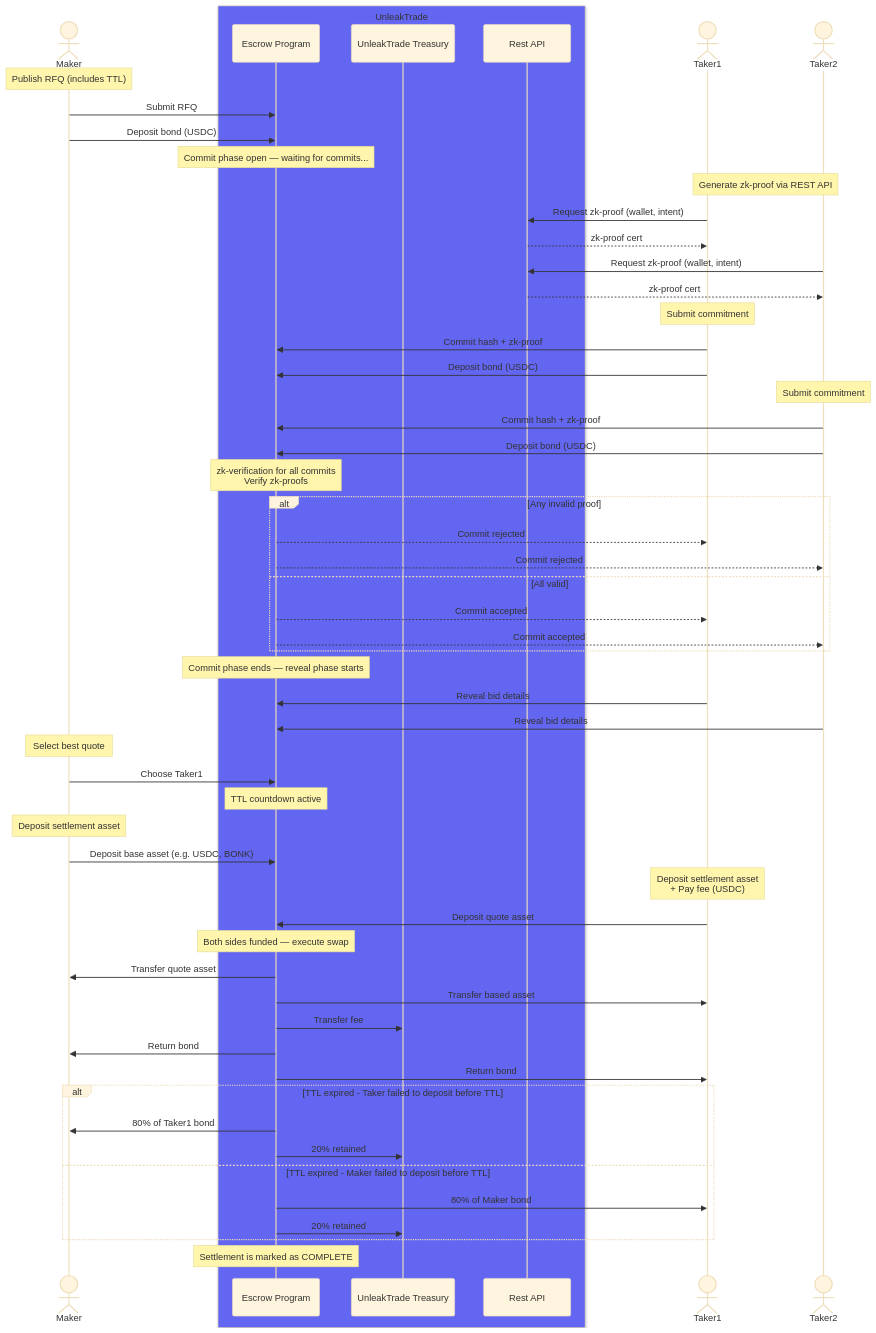
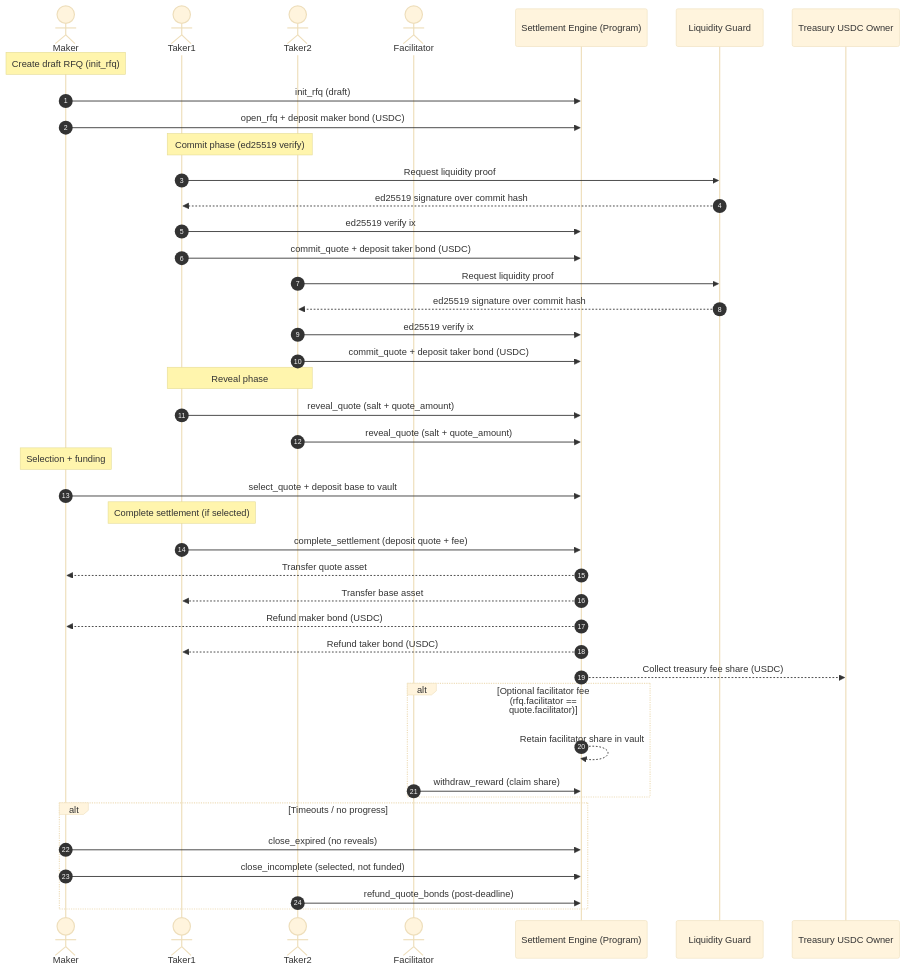
One commit to unleaktrade/settlement-engine changed the diagram in README.md. Above: the diagram before and after it, drawn with Mermaid (base theme). The commit also changed other lines of this file, not shown here.

Commit message:
Update README with current flow and diagram

````diff
--- a/README.md
+++ b/README.md
@@ -49,74 +85,52 @@
 ```mermaid
 sequenceDiagram
+    autonumber
     actor Maker
-    box rgb(99, 102, 241) UnleakTrade
-    participant Escrow as Escrow Program
-    participant Wallet as UnleakTrade Treasury
-    participant API as Rest API
-    end
     actor Taker1
     actor Taker2
+    actor Facilitator
+    participant SE as Settlement Engine (Program)
+    participant LG as Liquidity Guard
+    participant Treas as Treasury USDC Owner
 
-    Note over Maker: Publish RFQ (includes TTL)
-    Maker->>Escrow: Submit RFQ
-    Maker->>Escrow: Deposit bond (USDC)
-    
-    Note over Escrow: Commit phase open — waiting for commits...
+    Note over Maker: Create draft RFQ (init_rfq)
+    Maker->>SE: init_rfq (draft)
+    Maker->>SE: open_rfq + deposit maker bond (USDC)
 
-    Note over Taker1,Taker2: Generate zk-proof via REST API
-    Taker1->>API: Request zk-proof (wallet, intent)
-    API-->>Taker1: zk-proof cert
-    Taker2->>API: Request zk-proof (wallet, intent)
-    API-->>Taker2: zk-proof cert
+    Note over Taker1,Taker2: Commit phase (ed25519 verify)
+    Taker1->>LG: Request liquidity proof
+    LG-->>Taker1: ed25519 signature over commit hash
+    Taker1->>SE: ed25519 verify ix
+    Taker1->>SE: commit_quote + deposit taker bond (USDC)
 
-    Note over Taker1: Submit commitment
-    Taker1->>Escrow: Commit hash + zk-proof
-    Taker1->>Escrow: Deposit bond (USDC)
+    Taker2->>LG: Request liquidity proof
+    LG-->>Taker2: ed25519 signature over commit hash
+    Taker2->>SE: ed25519 verify ix
+    Taker2->>SE: commit_quote + deposit taker bond (USDC)
 
-    Note over Taker2: Submit commitment
-    Taker2->>Escrow: Commit hash + zk-proof
-    Taker2->>Escrow: Deposit bond (USDC)
+    Note over Taker1,Taker2: Reveal phase
+    Taker1->>SE: reveal_quote (salt + quote_amount)
+    Taker2->>SE: reveal_quote (salt + quote_amount)
 
-    Note over Escrow: zk-verification for all commits<br/>Verify zk-proofs
+    Note over Maker: Selection + funding
+    Maker->>SE: select_quote + deposit base to vault
 
-    alt Any invalid proof
-        Escrow-->>Taker1: Commit rejected
-        Escrow-->>Taker2: Commit rejected
-    else All valid
-        Escrow-->>Taker1: Commit accepted
-        Escrow-->>Taker2: Commit accepted
+    Note over Taker1: Complete settlement (if selected)
+    Taker1->>SE: complete_settlement (deposit quote + fee)
+    SE-->>Maker: Transfer quote asset
+    SE-->>Taker1: Transfer base asset
+    SE-->>Maker: Refund maker bond (USDC)
+    SE-->>Taker1: Refund taker bond (USDC)
+    SE-->>Treas: Collect treasury fee share (USDC)
+
+    alt Optional facilitator fee (rfq.facilitator == quote.facilitator)
+        SE-->>SE: Retain facilitator share in vault
+        Facilitator->>SE: withdraw_reward (claim share)
     end
 
-    Note over Escrow: Commit phase ends — reveal phase starts
-
-    Taker1->>Escrow: Reveal bid details
-    Taker2->>Escrow: Reveal bid details
-
-    Note over Maker: Select best quote
-    Maker->>Escrow: Choose Taker1
-
-    Note over Escrow: TTL countdown active
-
-    Note over Maker: Deposit settlement asset
-    Maker->>Escrow: Deposit base asset (e.g. USDC, BONK)
-
-    Note over Taker1: Deposit settlement asset<br/>+ Pay fee (USDC)
-    Taker1->>Escrow: Deposit quote asset
-
-    Note over Escrow: Both sides funded — execute swap
-    Escrow->>Maker: Transfer quote asset
-    Escrow->>Taker1: Transfer based asset
-    Escrow->>Wallet: Transfer fee
-    Escrow->>Maker: Return bond
-    Escrow->>Taker1: Return bond
-    
-
-    alt TTL expired - Taker failed to deposit before TTL
-        Escrow->>Maker: 80% of Taker1 bond
-        Escrow->>Wallet: 20% retained
-    else TTL expired - Maker failed to deposit before TTL
-        Escrow->>Taker1: 80% of Maker bond
-        Escrow->>Wallet: 20% retained
+    alt Timeouts / no progress
+        Maker->>SE: close_expired (no reveals)
+        Maker->>SE: close_incomplete (selected, not funded)
+        Taker2->>SE: refund_quote_bonds (post-deadline)
     end
-  Note over Escrow: Settlement is marked as COMPLETE
 ```
````
